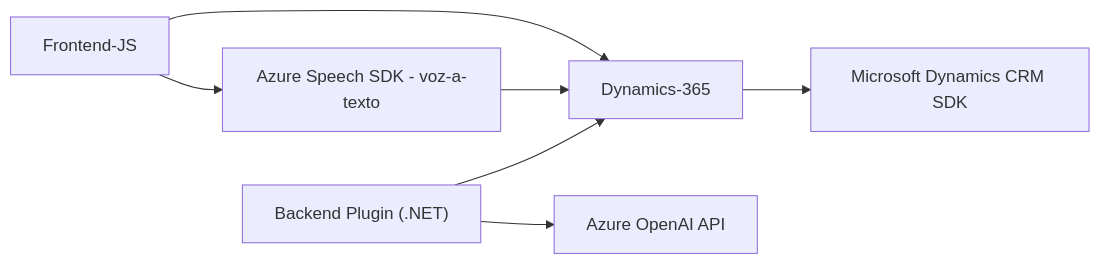
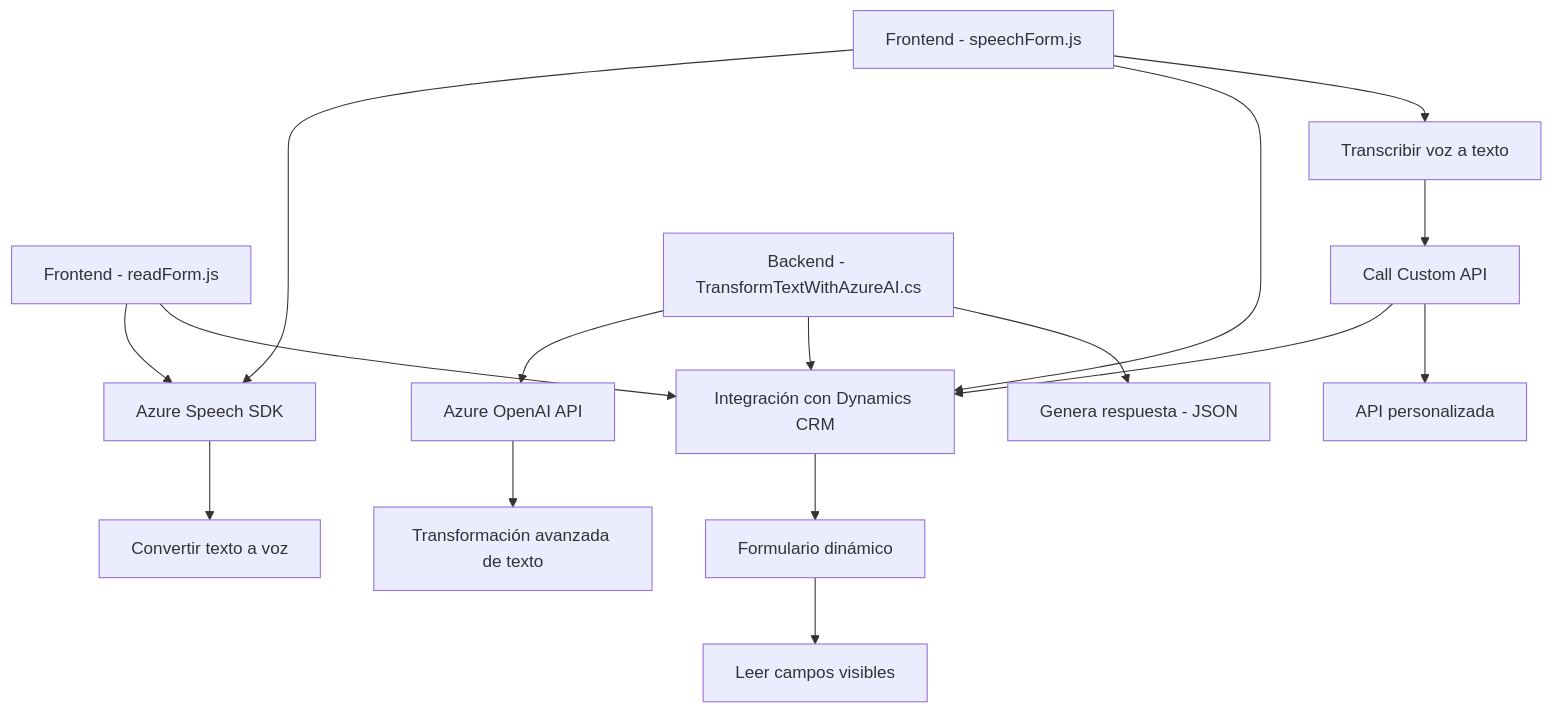
One commit to blopezdm/NETCORE_BILBAO2025 changed the diagram in README.md. Above: the diagram before and after it, drawn with Mermaid. The commit also changed other lines of this file, not shown here.

Commit message:
Actualizar análisis global de la solución con IA

````diff
--- a/README.md
+++ b/README.md
@@ -40,16 +42,20 @@
 ```mermaid
-graph LR
-A["Frontend-JS"]
-B["Azure Speech SDK - voz-a-texto"]
-C["Dynamics-365"]
-D["Backend Plugin (.NET)"]
-E["Azure OpenAI API"]
-F["Microsoft Dynamics CRM SDK"]
+graph TD
+    A["Frontend - readForm.js"] --> B["Azure Speech SDK"]
+    A --> C["Dynamics CRM - executionContext"]
+    C --> D["Formulario dinámico"]
+    B --> E["Convertir texto a voz"]
+    D --> F["Leer campos visibles"]
 
-A --> B
-A --> C
-B --> C
-C --> F
-D --> C
-D --> E
+    G["Frontend - speechForm.js"] --> B
+    G --> C
+    G --> H["Transcribir voz a texto"]
+    H --> I["Call Custom API"]
+    I --> C["Actualiza formulario"]
+    I --> J["API personalizada"]
+
+    K["Backend - TransformTextWithAzureAI.cs"] --> L["Azure OpenAI API"]
+    L --> M["Transformación avanzada de texto"]
+    K --> C["Integración con Dynamics CRM"]
+    K --> N["Genera respuesta - JSON"]
 ```
````
